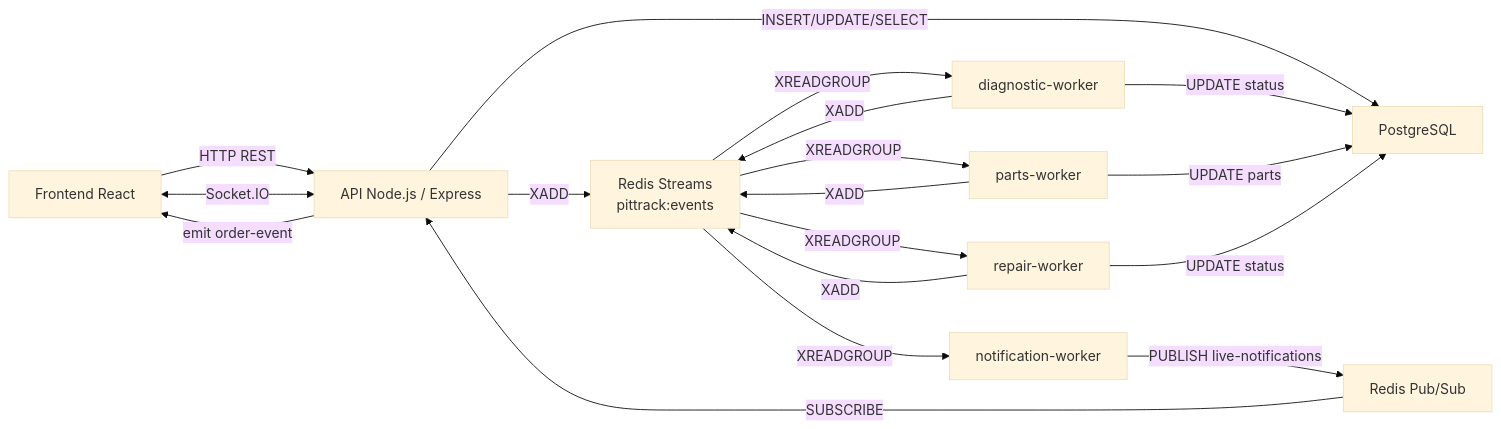
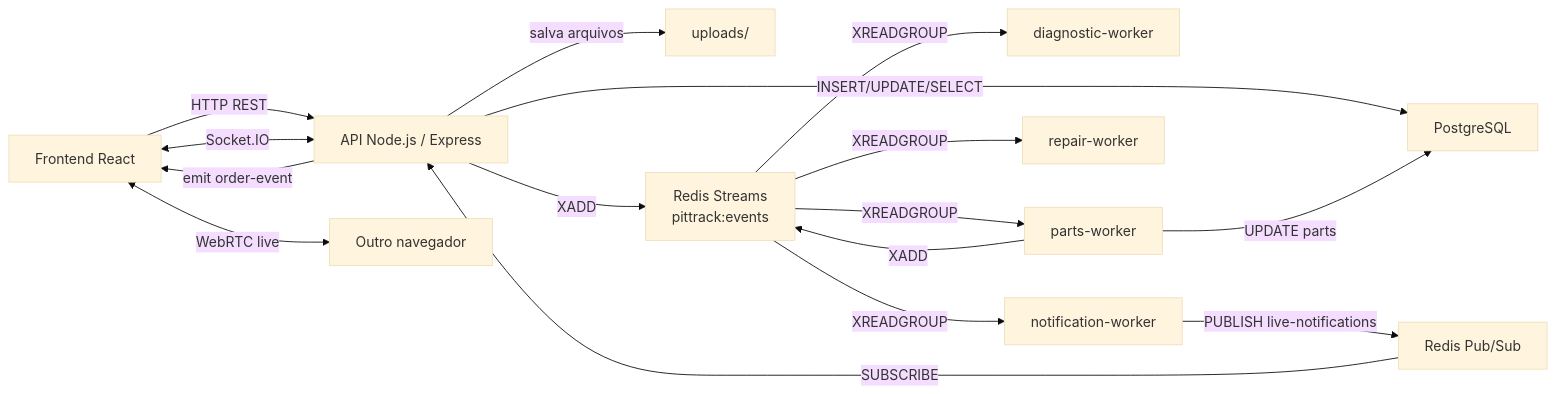
One commit to GabrielBelluco/pittrack-xrsc09 changed the first of 2 diagrams in docs/architecture.md. Above: the diagram before and after it, drawn with Mermaid (base theme). The commit also changed other lines of this file and 27 other files, not shown here.

````diff
--- a/docs/architecture.md
+++ b/docs/architecture.md
@@ -28,20 +30,18 @@
 ```mermaid
 flowchart LR
   Browser["Frontend React"] -->|"HTTP REST"| API["API Node.js / Express"]
   Browser <-->|"Socket.IO"| API
+  Browser <-->|"WebRTC live"| Client["Outro navegador"]
   API -->|"INSERT/UPDATE/SELECT"| PG["PostgreSQL"]
+  API -->|"salva arquivos"| Uploads["uploads/"]
   API -->|"XADD"| Stream["Redis Streams<br/>pittrack:events"]
   Stream -->|"XREADGROUP"| Diagnostic["diagnostic-worker"]
   Stream -->|"XREADGROUP"| Parts["parts-worker"]
   Stream -->|"XREADGROUP"| Repair["repair-worker"]
   Stream -->|"XREADGROUP"| Notify["notification-worker"]
-  Diagnostic -->|"XADD"| Stream
   Parts -->|"XADD"| Stream
-  Repair -->|"XADD"| Stream
-  Diagnostic -->|"UPDATE status"| PG
   Parts -->|"UPDATE parts"| PG
-  Repair -->|"UPDATE status"| PG
   Notify -->|"PUBLISH live-notifications"| PubSub["Redis Pub/Sub"]
   PubSub -->|"SUBSCRIBE"| API
   API -->|"emit order-event"| Browser
 ```
````
